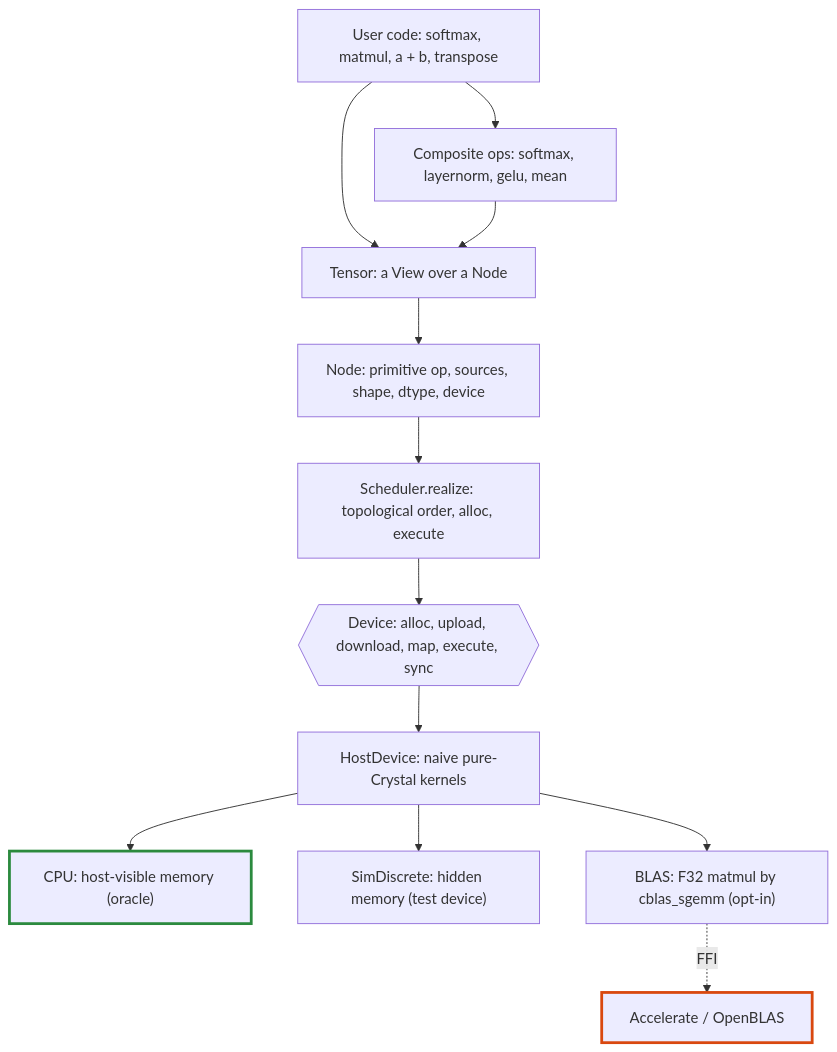
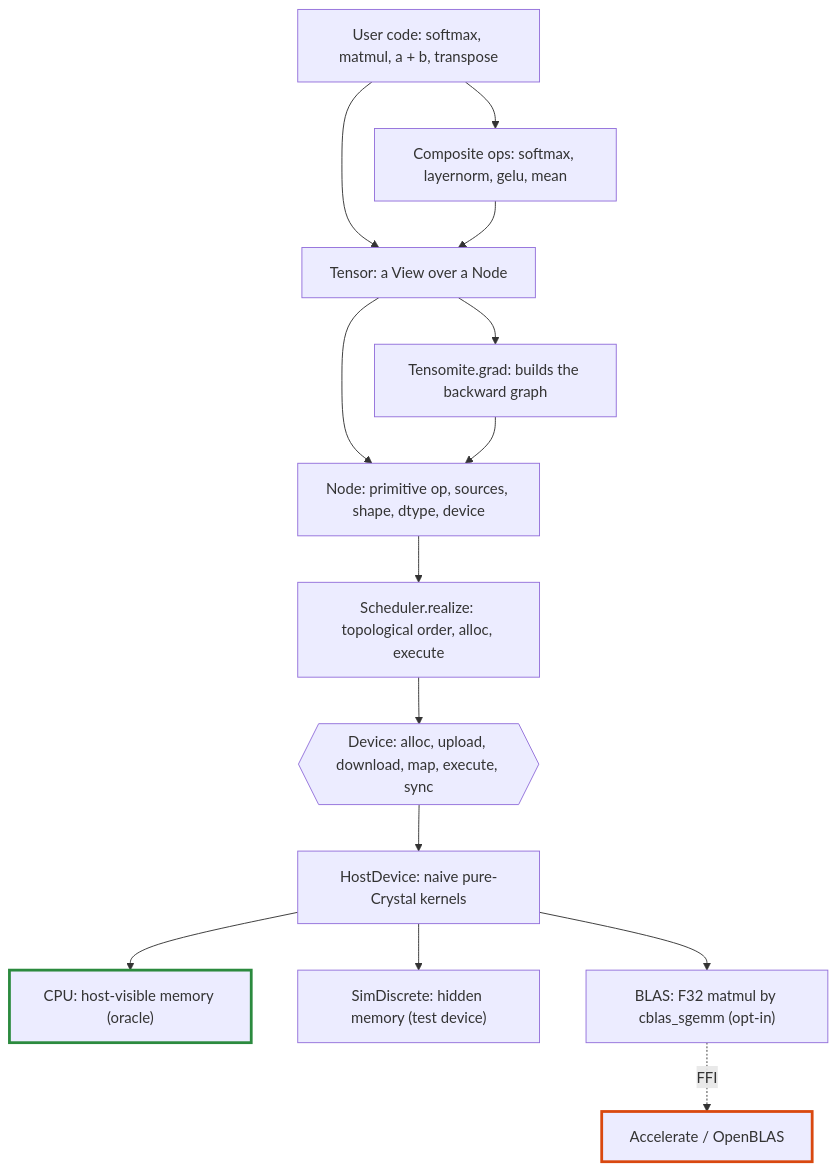
Before and after one commit to nogginly/tensomite.cr: the first of 19 diagrams in DESIGN.md, drawn with Mermaid. The commit also changed other lines of this file and 17 other files, not shown here.

````diff
--- a/DESIGN.md
+++ b/DESIGN.md
@@ -9,16 +9,18 @@
 ```mermaid
 flowchart TD
     User["User code: softmax, matmul, a + b, transpose"] --> Comp["Composite ops: softmax, layernorm, gelu, mean"]
     User --> Tensor
     Comp --> Tensor["Tensor: a View over a Node"]
     Tensor --> Node["Node: primitive op, sources, shape, dtype, device"]
     Node --> Sched["Scheduler.realize: topological order, alloc, execute"]
+    Tensor --> Grad["Tensomite.grad: builds the backward graph"]
+    Grad --> Node
     Sched --> Iface{{"Device: alloc, upload, download, map, execute, sync"}}
     Iface --> Host["HostDevice: naive pure-Crystal kernels"]
     Host --> CPU["CPU: host-visible memory (oracle)"]
     Host --> Sim["SimDiscrete: hidden memory (test device)"]
     Host --> BLAS["BLAS: F32 matmul by cblas_sgemm (opt-in)"]
     BLAS -. "FFI" .-> Lib["Accelerate / OpenBLAS"]
     style CPU stroke:#2b8a3e,stroke-width:3px
     style Lib stroke:#d9480f,stroke-width:3px
 ```
````
